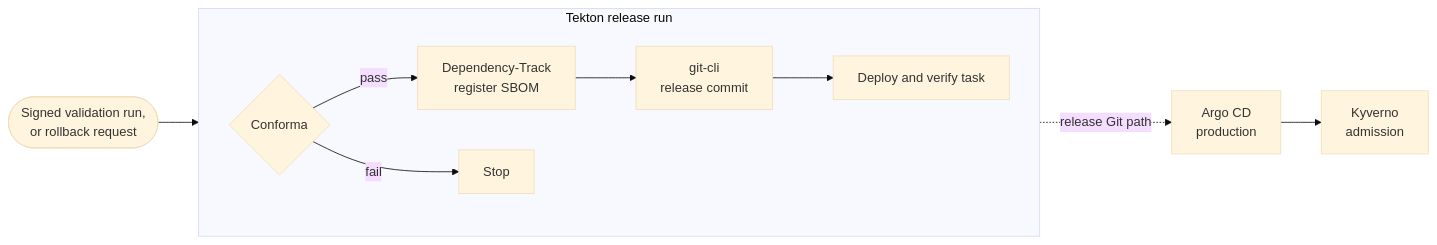
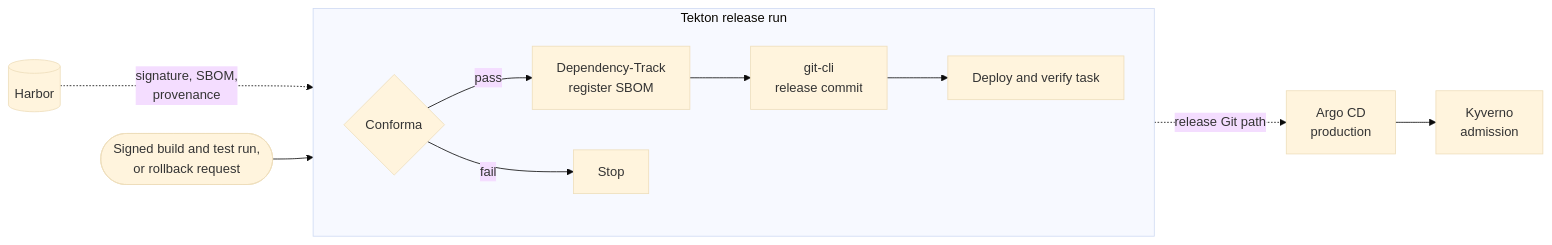
One commit to andymotta/Platform-Engineering changed the sixth of 7 diagrams in content/en/docs/reference-architectures/open-source-ssdf-cicd.md. Above: the diagram before and after it, drawn with Mermaid (base theme). The commit also changed other lines of this file, not shown here.

First line of the commit message:
docs: revise the open source SSDF reference architecture

````diff
--- a/content/en/docs/reference-architectures/open-source-ssdf-cicd.md
+++ b/content/en/docs/reference-architectures/open-source-ssdf-cicd.md
@@ -160,10 +192,11 @@
 ```mermaid
 flowchart LR
     subgraph REL["Tekton release run"]
         direction LR
         C{"Conforma"} -->|pass| D["Dependency-Track<br/>register SBOM"] --> G["git-cli<br/>release commit"] --> DV["Deploy and verify task"]
         C -->|fail| X["Stop"]
     end
-    S(["Signed validation run,<br/>or rollback request"]) --> REL
+    S(["Signed build and test run,<br/>or rollback request"]) --> REL
+    H[("Harbor")] -..->|signature, SBOM,<br/>provenance| C
     G -.->|release Git path| A["Argo CD<br/>production"] --> K["Kyverno<br/>admission"]
 ```
````
